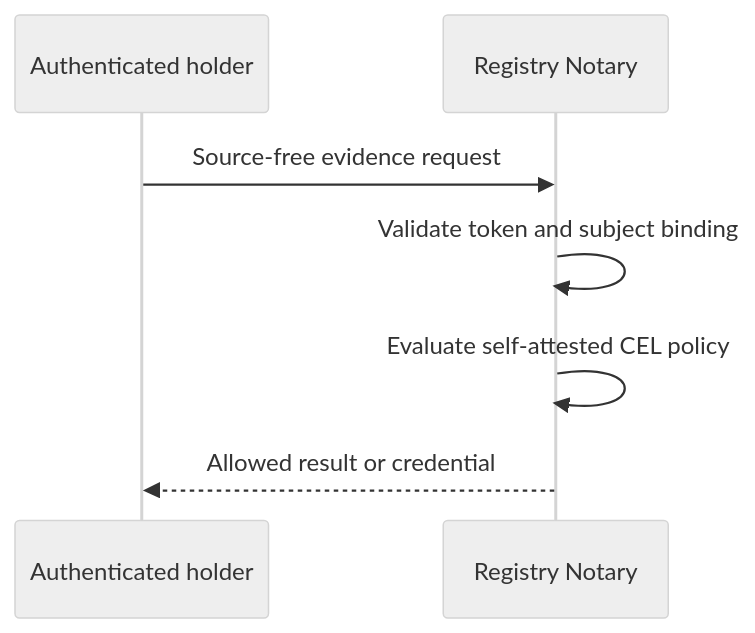
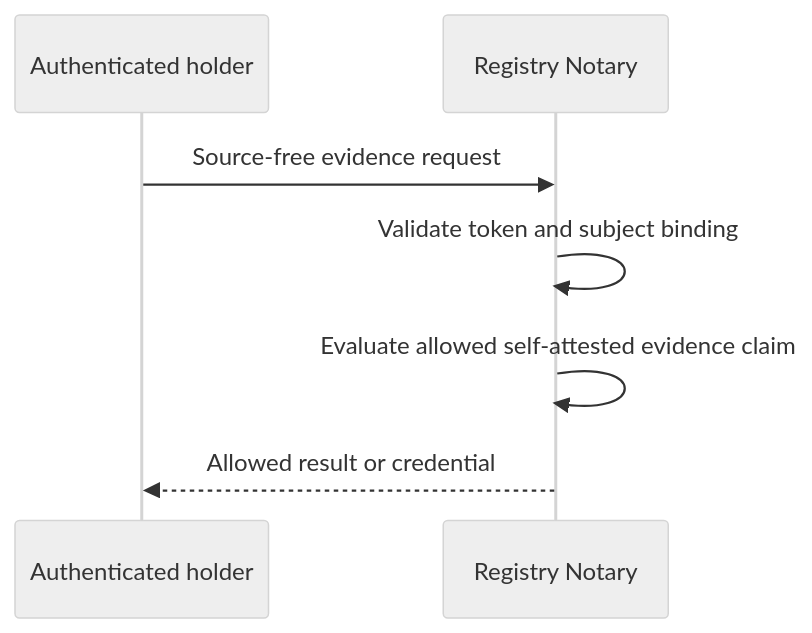
The second of 3 diagrams in products/notary/docs/notary-scenario-patterns.md (registrystack/registry-stack), drawn with Mermaid (neutral theme) before and after one commit. The commit also changed other lines of this file and 63 other files, not shown here.

````diff
--- a/products/notary/docs/notary-scenario-patterns.md
+++ b/products/notary/docs/notary-scenario-patterns.md
@@ -27,10 +29,10 @@
 ```mermaid
 sequenceDiagram
   participant Holder as Authenticated holder
   participant Notary as Registry Notary
 
   Holder->>Notary: Source-free evidence request
   Notary->>Notary: Validate token and subject binding
-  Notary->>Notary: Evaluate self-attested CEL policy
+  Notary->>Notary: Evaluate allowed self-attested evidence claim
   Notary-->>Holder: Allowed result or credential
 ```
````
